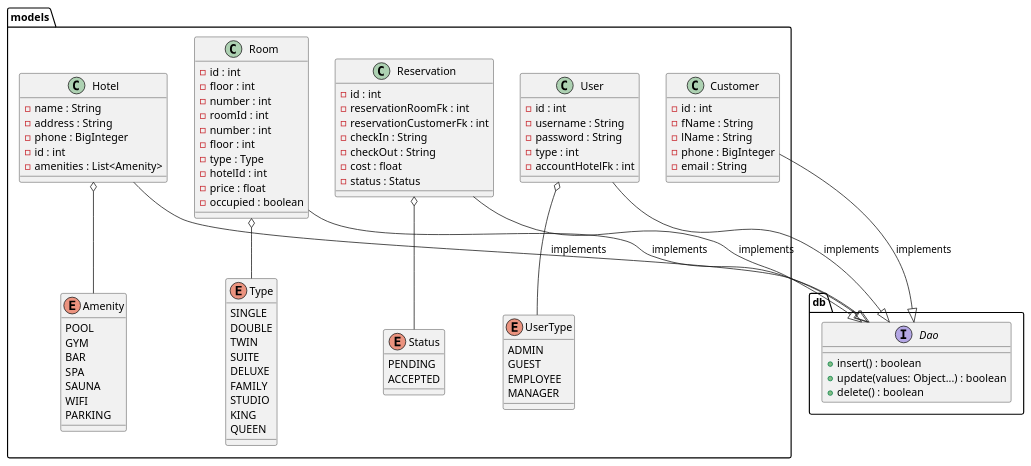
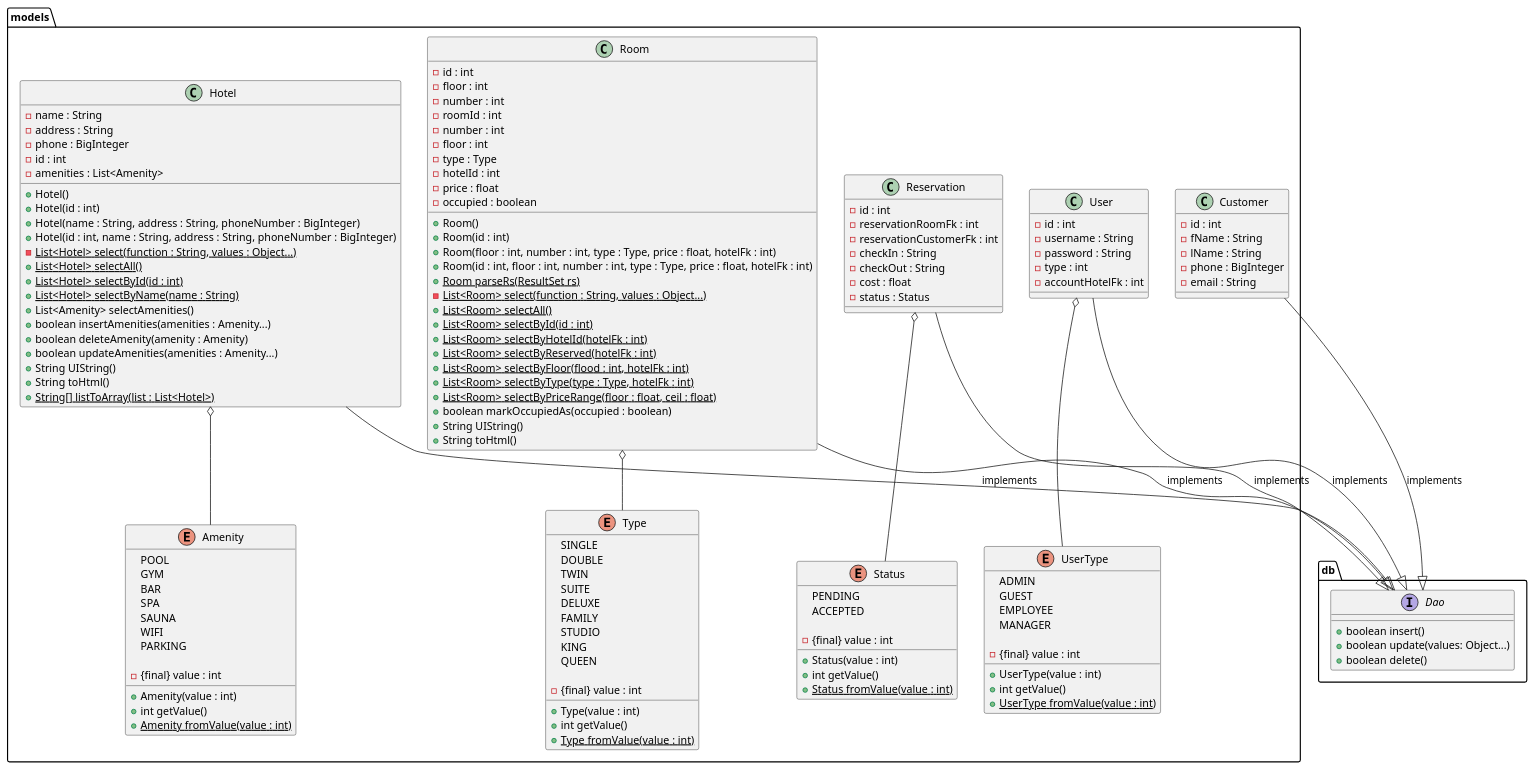
Before and after one commit to DMG-TechLabs/hotel-manager: the diagram in docs/uml/models.plantuml, drawn with PlantUML. The commit also changed 5 other files, not shown here.

Commit message:
updated class uml diagrams

```diff
--- a/docs/uml/models.plantuml
+++ b/docs/uml/models.plantuml
@@ -1,99 +1,151 @@
 @startuml models
 
 package db {
     interface Dao {
-        + insert() : boolean
-        + update(values: Object...) : boolean
-        + delete() : boolean
+        + boolean insert()
+        + boolean update(values: Object...)
+        + boolean delete()
     }
 }
 
 package models {
     class Hotel {
         - name : String
         - address : String
         - phone : BigInteger
         - id : int
         - amenities : List<Amenity>
+        + Hotel()
+        + Hotel(id : int)
+        + Hotel(name : String, address : String, phoneNumber : BigInteger)
+        + Hotel(id : int, name : String, address : String, phoneNumber : BigInteger)
+        - {static} List<Hotel> select(function : String, values : Object...)
+        + {static} List<Hotel> selectAll()
+        + {static} List<Hotel> selectById(id : int)
+        + {static} List<Hotel> selectByName(name : String)
+        + List<Amenity> selectAmenities()
+        + boolean insertAmenities(amenities : Amenity...)
+        + boolean deleteAmenity(amenity : Amenity)
+        + boolean updateAmenities(amenities : Amenity...)
+        + String UIString()
+        + String toHtml()
+        + {static} String[] listToArray(list : List<Hotel>)
     }
     class Room {
         - id : int
         - floor : int
         - number : int
         - roomId : int
         - number : int
         - floor : int
         - type : Type
         - hotelId : int
         - price : float
         - occupied : boolean
+
+        + Room()
+        + Room(id : int)
+        + Room(floor : int, number : int, type : Type, price : float, hotelFk : int)
+        + Room(id : int, floor : int, number : int, type : Type, price : float, hotelFk : int)
+        + {static} Room parseRs(ResultSet rs)
+        - {static} List<Room> select(function : String, values : Object...)
+        + {static} List<Room> selectAll()
+        + {static} List<Room> selectById(id : int)
+        + {static} List<Room> selectByHotelId(hotelFk : int)
+        + {static} List<Room> selectByReserved(hotelFk : int)
+        + {static} List<Room> selectByFloor(flood : int, hotelFk : int)
+        + {static} List<Room> selectByType(type : Type, hotelFk : int)
+        + {static} List<Room> selectByPriceRange(floor : float, ceil : float)
+        + boolean markOccupiedAs(occupied : boolean)
+        + String UIString()
+        + String toHtml()
     }
     class Reservation {
         - id : int
         - reservationRoomFk : int
         - reservationCustomerFk : int
         - checkIn : String
         - checkOut : String
         - cost : float
         - status : Status
     }
     class User {
         - id : int
         - username : String
         - password : String
         - type : int
         - accountHotelFk : int
     }
     class Customer {
         - id : int
         - fName : String
         - lName : String
         - phone : BigInteger
         - email : String
     }
 
     enum Amenity {
         POOL
         GYM
         BAR
         SPA
         SAUNA
         WIFI
         PARKING
+
+        - {final} value : int
+        + Amenity(value : int)
+        + int getValue()
+        + {static} Amenity fromValue(value : int)
     }
     enum Status {
         PENDING
         ACCEPTED
+
+        - {final} value : int
+        + Status(value : int)
+        + int getValue()
+        + {static} Status fromValue(value : int)
     }
     enum Type {
         SINGLE
         DOUBLE
         TWIN
         SUITE
         DELUXE
         FAMILY
         STUDIO
         KING
         QUEEN
+
+        - {final} value : int
+        + Type(value : int)
+        + int getValue()
+        + {static} Type fromValue(value : int)
     }
     enum UserType {
         ADMIN
         GUEST
         EMPLOYEE
         MANAGER
+
+        - {final} value : int
+        + UserType(value : int)
+        + int getValue()
+        + {static} UserType fromValue(value : int)
     }
 }
 
 Hotel o-- Amenity
 Reservation o-- Status
 Room o-- Type
 User o-- UserType
 
 Hotel --|> Dao : implements
 Room --|> Dao : implements
 Reservation --|> Dao : implements
 User --|> Dao : implements
 Customer --|> Dao : implements
 
 
 @enduml
```
